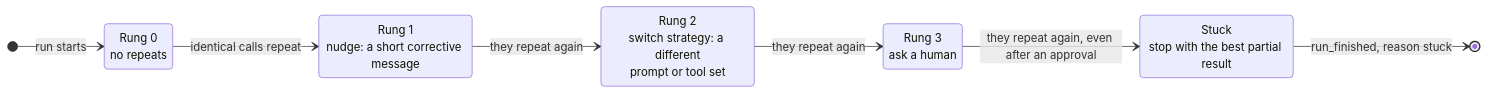
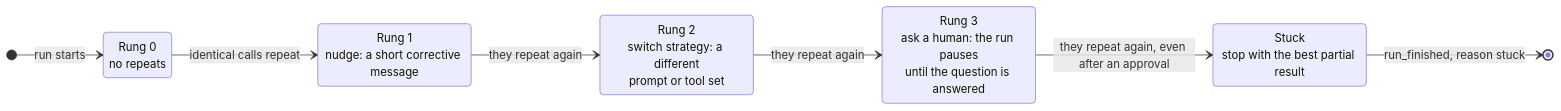
One commit to kangaliaisaac/loomcore changed the fourth of 4 diagrams in README.md. Above: the diagram before and after it, drawn with Mermaid. The commit also changed other lines of this file, not shown here.

First line of the commit message:
Answer the review of the diagrams: the guards and the escalation come before the tool_requested lines

````diff
--- a/README.md
+++ b/README.md
@@ -132,16 +137,16 @@
 ```mermaid
 stateDiagram-v2
     direction LR
     state "Rung 0<br/>no repeats" as R0
     state "Rung 1<br/>nudge: a short corrective message" as R1
     state "Rung 2<br/>switch strategy: a different<br/>prompt or tool set" as R2
-    state "Rung 3<br/>ask a human" as R3
+    state "Rung 3<br/>ask a human: the run pauses<br/>until the question is answered" as R3
     state "Stuck<br/>stop with the best partial result" as R4
 
     [*] --> R0: run starts
     R0 --> R1: identical calls repeat
     R1 --> R2: they repeat again
     R2 --> R3: they repeat again
     R3 --> R4: they repeat again, even after an approval
     R4 --> [*]: run_finished, reason stuck
 ```
````
